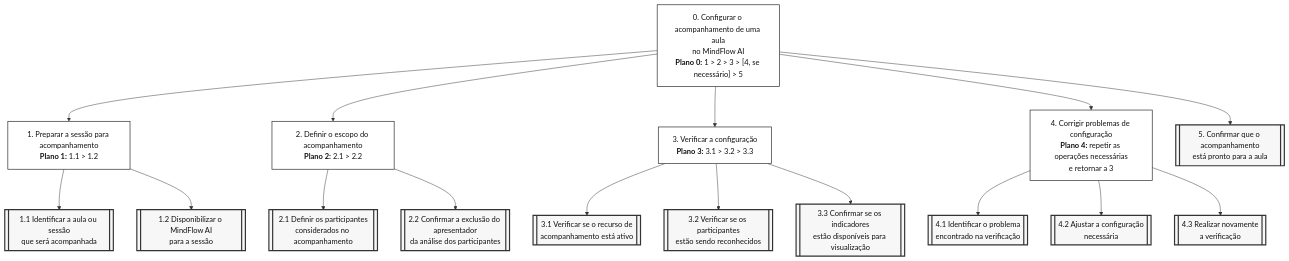
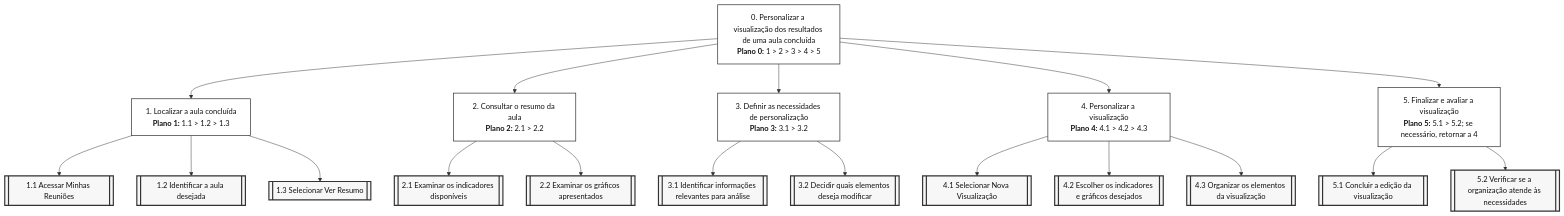
Before and after one commit to IsaRosseto/IHC_MindFlowAI: the diagram in docs/05_analise_tarefas.md, drawn with Mermaid. The commit also changed other lines of this file, not shown here.

````diff
--- a/docs/05_analise_tarefas.md
+++ b/docs/05_analise_tarefas.md
@@ -53,25 +55,13 @@
 ```mermaid
 flowchart TB
 
-    %% =====================================================
-    %% OBJETIVO PRINCIPAL
-    %% =====================================================
+    T0["0. Personalizar a visualização dos resultados de uma aula concluída<br/><b>Plano 0:</b> 1 > 2 > 3 > 4 > 5"]
 
-    T0["0. Configurar o acompanhamento de uma aula<br/>no MindFlow AI<br/><b>Plano 0:</b> 1 > 2 > 3 > [4, se necessário] > 5"]
-
-    %% =====================================================
-    %% NÍVEL 1
-    %% =====================================================
-
-    T1["1. Preparar a sessão para acompanhamento<br/><b>Plano 1:</b> 1.1 > 1.2"]
-
-    T2["2. Definir o escopo do acompanhamento<br/><b>Plano 2:</b> 2.1 > 2.2"]
-
-    T3["3. Verificar a configuração<br/><b>Plano 3:</b> 3.1 > 3.2 > 3.3"]
-
-    T4["4. Corrigir problemas de configuração<br/><b>Plano 4:</b> repetir as operações necessárias<br/>e retornar a 3"]
-
-    T5[["5. Confirmar que o acompanhamento<br/>está pronto para a aula"]]
+    T1["1. Localizar a aula concluída<br/><b>Plano 1:</b> 1.1 > 1.2 > 1.3"]
+    T2["2. Consultar o resumo da aula<br/><b>Plano 2:</b> 2.1 > 2.2"]
+    T3["3. Definir as necessidades de personalização<br/><b>Plano 3:</b> 3.1 > 3.2"]
+    T4["4. Personalizar a visualização<br/><b>Plano 4:</b> 4.1 > 4.2 > 4.3"]
+    T5["5. Finalizar e avaliar a visualização<br/><b>Plano 5:</b> 5.1 > 5.2; se necessário, retornar a 4"]
 
     T0 --> T1
     T0 --> T2
@@ -79,63 +69,43 @@
     T0 --> T4
     T0 --> T5
 
-    %% =====================================================
-    %% TAREFA 1 — PREPARAR SESSÃO
-    %% =====================================================
-
-    T11[["1.1 Identificar a aula ou sessão<br/>que será acompanhada"]]
-
-    T12[["1.2 Disponibilizar o MindFlow AI<br/>para a sessão"]]
+    T11[["1.1 Acessar Minhas Reuniões"]]
+    T12[["1.2 Identificar a aula desejada"]]
+    T13[["1.3 Selecionar Ver Resumo"]]
 
     T1 --> T11
     T1 --> T12
+    T1 --> T13
 
-    %% =====================================================
-    %% TAREFA 2 — DEFINIR ESCOPO
-    %% =====================================================
-
-    T21[["2.1 Definir os participantes<br/>considerados no acompanhamento"]]
-
-    T22[["2.2 Confirmar a exclusão do apresentador<br/>da análise dos participantes"]]
+    T21[["2.1 Examinar os indicadores disponíveis"]]
+    T22[["2.2 Examinar os gráficos apresentados"]]
 
     T2 --> T21
     T2 --> T22
 
-    %% =====================================================
-    %% TAREFA 3 — VERIFICAR CONFIGURAÇÃO
-    %% =====================================================
-
-    T31[["3.1 Verificar se o recurso de<br/>acompanhamento está ativo"]]
-
-    T32[["3.2 Verificar se os participantes<br/>estão sendo reconhecidos"]]
-
-    T33[["3.3 Confirmar se os indicadores<br/>estão disponíveis para visualização"]]
+    T31[["3.1 Identificar informações relevantes para análise"]]
+    T32[["3.2 Decidir quais elementos deseja modificar"]]
 
     T3 --> T31
     T3 --> T32
-    T3 --> T33
 
-    %% =====================================================
-    %% TAREFA 4 — CORREÇÕES
-    %% =====================================================
-
-    T41[["4.1 Identificar o problema<br/>encontrado na verificação"]]
-
-    T42[["4.2 Ajustar a configuração<br/>necessária"]]
-
-    T43[["4.3 Realizar novamente<br/>a verificação"]]
+    T41[["4.1 Selecionar Nova Visualização"]]
+    T42[["4.2 Escolher os indicadores e gráficos desejados"]]
+    T43[["4.3 Organizar os elementos da visualização"]]
 
     T4 --> T41
     T4 --> T42
     T4 --> T43
 
-    %% =====================================================
-    %% ESTILOS
-    %% =====================================================
+    T51[["5.1 Concluir a edição da visualização"]]
+    T52[["5.2 Verificar se a organização atende às necessidades"]]
+
+    T5 --> T51
+    T5 --> T52
 
     classDef objetivo fill:#ffffff,stroke:#333,stroke-width:1.5px,color:#111;
     classDef operacao fill:#f7f7f7,stroke:#333,stroke-width:2.5px,color:#111;
 
-    class T0,T1,T2,T3,T4 objetivo;
-    class T5,T11,T12,T21,T22,T31,T32,T33,T41,T42,T43 operacao;
+    class T0,T1,T2,T3,T4,T5 objetivo;
+    class T11,T12,T13,T21,T22,T31,T32,T41,T42,T43,T51,T52 operacao;
 ```
````
